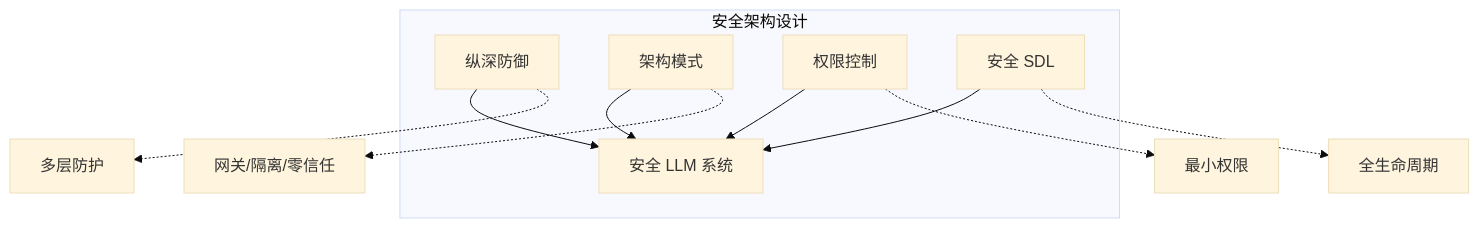
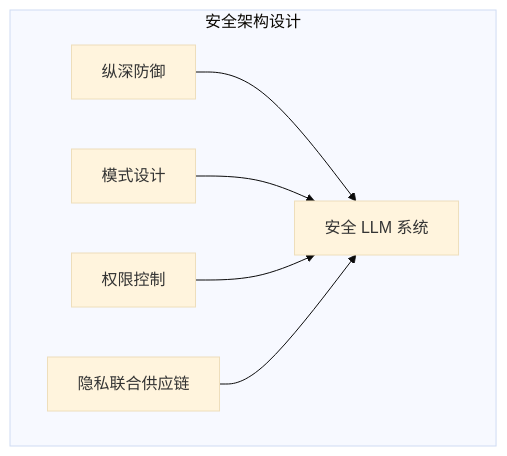
The diagram in 08_architecture/summary.md (yeasy/ai_security_guide), drawn with Mermaid (base theme) before and after one commit. The commit also changed other lines of this file and 19 other files, not shown here.

````diff
--- a/08_architecture/summary.md
+++ b/08_architecture/summary.md
@@ -17,14 +21,9 @@
 ```mermaid
 graph TB
     subgraph "安全架构设计"
     A["纵深防御"] --> E["安全 LLM 系统"]
-    B["架构模式"] --> E
+    B["模式设计"] --> E
     C["权限控制"] --> E
-    D["安全 SDL"] --> E
+    D["隐私联合供应链"] --> E
     end
-
-    A -.-> A1["多层防护"]
-    B -.-> B1["网关/隔离/零信任"]
-    C -.-> C1["最小权限"]
-    D -.-> D1["全生命周期"]
 ```
````
